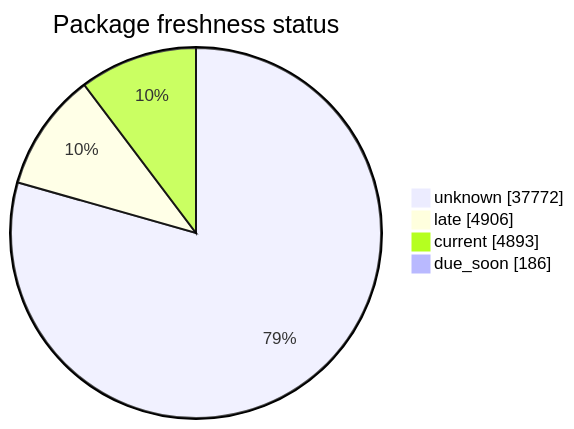
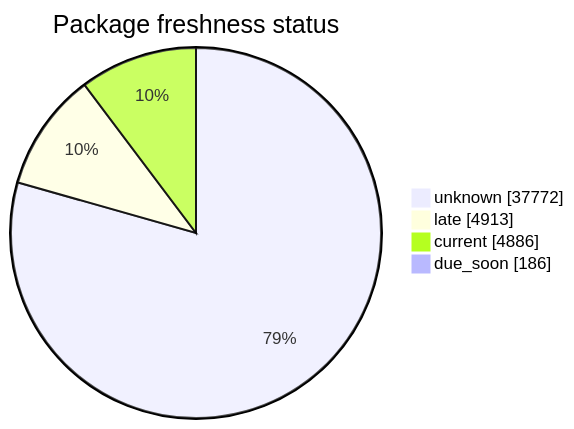
One commit to open-data/analytics-corporate-reporting changed the second of 5 diagrams in FreshCheck/README.md. Above: the diagram before and after it, drawn with Mermaid. The commit also changed other lines of this file and 3 other files, not shown here.

````diff
--- a/FreshCheck/README.md
+++ b/FreshCheck/README.md
@@ -68,7 +68,7 @@
 ```mermaid
 pie showData title Package freshness status
     "unknown": 37772
-    "late": 4906
-    "current": 4893
+    "late": 4913
+    "current": 4886
     "due_soon": 186
 ```
````
